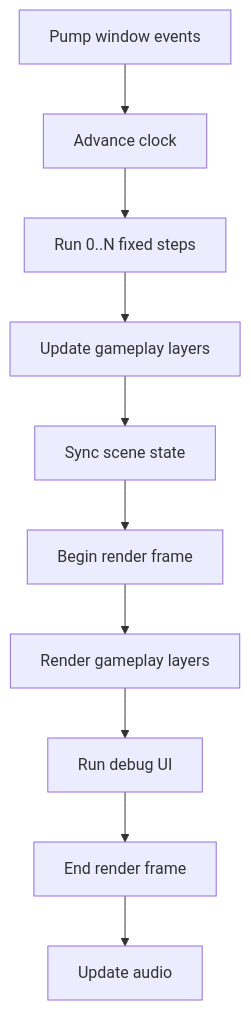
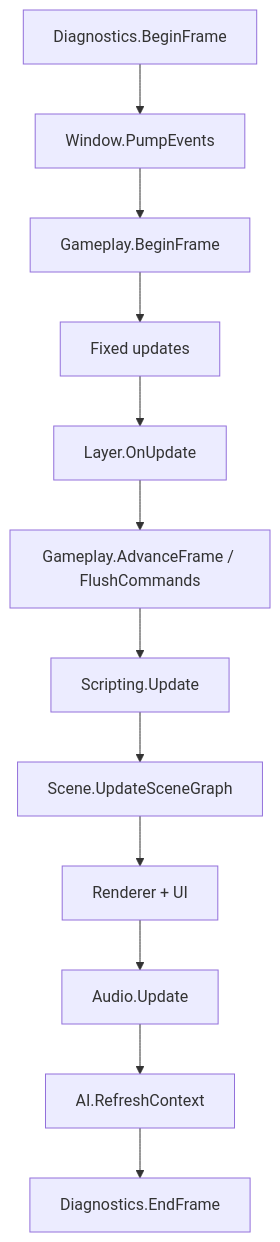
The second of 2 diagrams in docs/ARCHITECTURE.md (haowenGuo/SHE), drawn with Mermaid before and after one commit. The commit also changed other lines of this file and 63 other files, not shown here.

````diff
--- a/docs/ARCHITECTURE.md
+++ b/docs/ARCHITECTURE.md
@@ -177,12 +170,14 @@
 ```mermaid
 flowchart TD
-    A["Pump window events"] --> B["Advance clock"]
-    B --> C["Run 0..N fixed steps"]
-    C --> D["Update gameplay layers"]
-    D --> E["Sync scene state"]
-    E --> F["Begin render frame"]
-    F --> G["Render gameplay layers"]
-    G --> H["Run debug UI"]
-    H --> I["End render frame"]
-    I --> J["Update audio"]
+    A["Diagnostics.BeginFrame"] --> B["Window.PumpEvents"]
+    B --> C["Gameplay.BeginFrame"]
+    C --> D["Fixed updates"]
+    D --> E["Layer.OnUpdate"]
+    E --> F["Gameplay.AdvanceFrame / FlushCommands"]
+    F --> G["Scripting.Update"]
+    G --> H["Scene.UpdateSceneGraph"]
+    H --> I["Renderer + UI"]
+    I --> J["Audio.Update"]
+    J --> K["AI.RefreshContext"]
+    K --> L["Diagnostics.EndFrame"]
 ```
````
